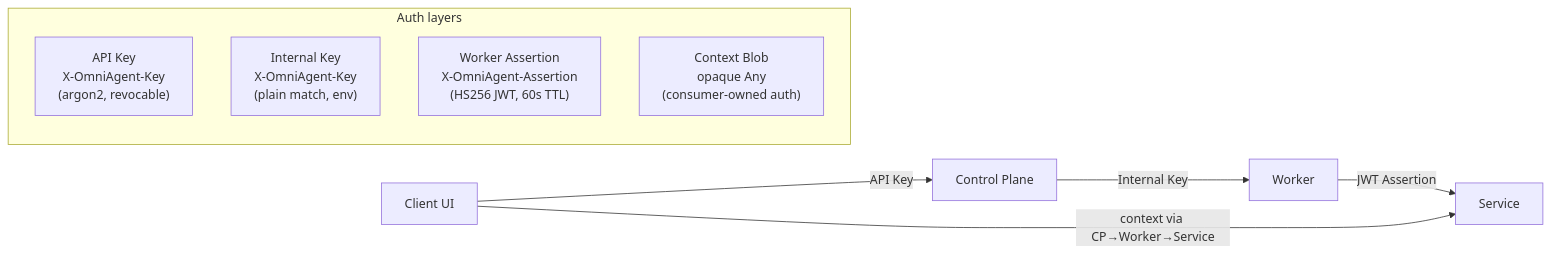
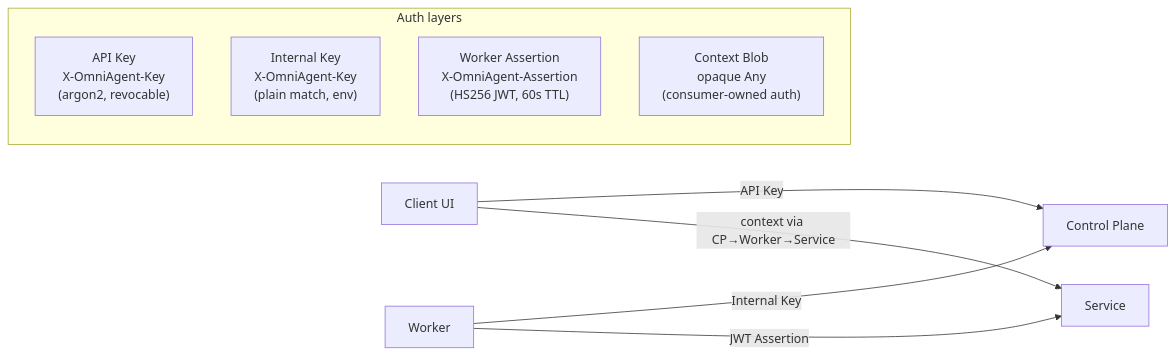
The first of 6 diagrams in README.md (Sheerabth/omniagent), drawn with Mermaid before and after one commit. The commit also changed 1 other file, not shown here.

Commit message:
fix: residual errors

````diff
--- a/README.md
+++ b/README.md
@@ -17,14 +17,14 @@
 ```mermaid
 flowchart LR
     subgraph Auth["Auth layers"]
         A1["API Key<br/>X-OmniAgent-Key<br/>(argon2, revocable)"]
         A2["Internal Key<br/>X-OmniAgent-Key<br/>(plain match, env)"]
         A3["Worker Assertion<br/>X-OmniAgent-Assertion<br/>(HS256 JWT, 60s TTL)"]
         A4["Context Blob<br/>opaque Any<br/>(consumer-owned auth)"]
     end
 
     Client["Client UI"] -->|"API Key"| CP["Control Plane"]
-    CP -->|"Internal Key"| Worker["Worker"]
+    Worker -->|"Internal Key"| CP
     Worker -->|"JWT Assertion"| Service["Service"]
     Client -->|"context via CP→Worker→Service"| Service
 ```
````
